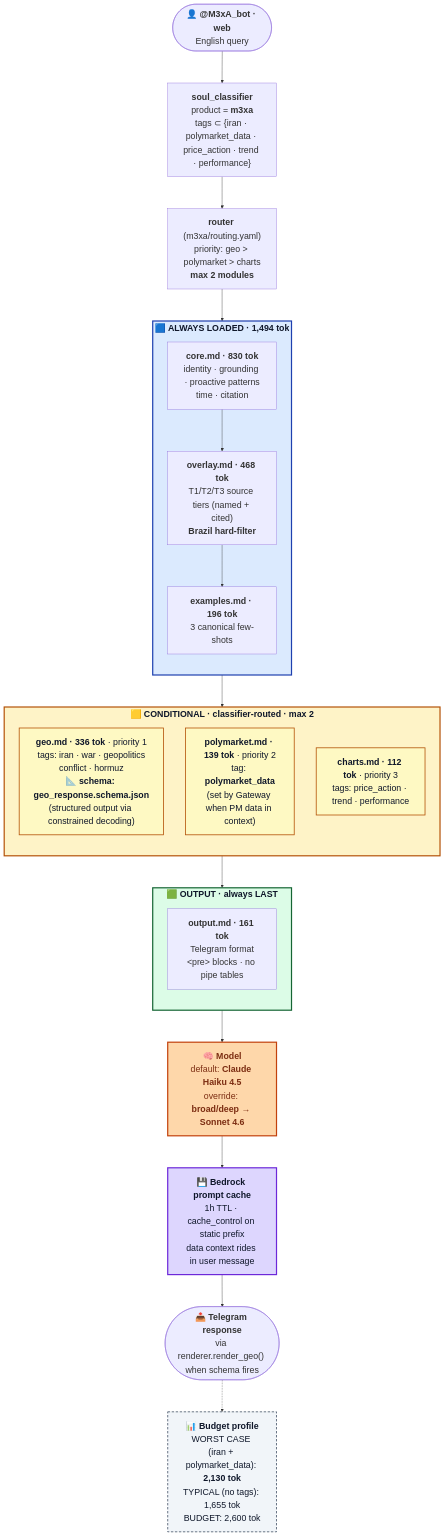
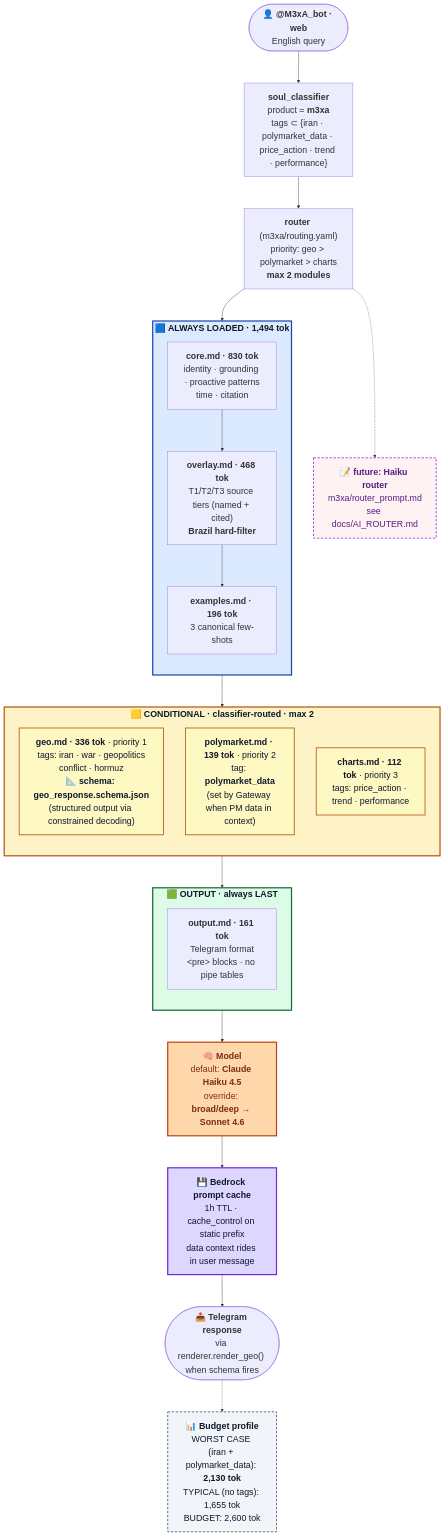
One commit to prcodex/version3- changed the second of 3 diagrams in README.md. Above: the diagram before and after it, drawn with Mermaid. The commit also changed other lines of this file, not shown here.

Commit message:
README: per-product charts get a dashed future-Haiku-router note
Adds a small dashed FUT annotation node off each per-product router node,
pointing readers at docs/AI_ROUTER.md and the draft router_prompt.md
files. Today's reality (router.py + routing.yaml) stays as the primary
flow; the future direction is now visible at a glance from the chart
itself.

Front-page architecture diagram unchanged — it stays the "this is what
runs today" anchor.

````diff
--- a/README.md
+++ b/README.md
@@ -109,56 +109,59 @@
 ```mermaid
 %%{init: {'theme': 'default', 'themeVariables': {'fontSize': '22px', 'fontFamily': 'Inter, system-ui, -apple-system, sans-serif'}, 'flowchart': {'htmlLabels': true, 'curve': 'basis', 'nodeSpacing': 55, 'rankSpacing': 80, 'padding': 18}}}%%
 flowchart TB
     BOT(["<b>👤 @M3xA_bot · web</b><br/>English query"]) --> CLS["<b>soul_classifier</b><br/>product = <b>m3xa</b><br/>tags ⊂ {iran · polymarket_data · price_action · trend · performance}"]
     CLS --> RTR["<b>router</b> (m3xa/routing.yaml)<br/>priority: geo &gt; polymarket &gt; charts<br/><b>max 2 modules</b>"]
+    RTR -.-> FUT["<b>📝 future: Haiku router</b><br/>m3xa/router_prompt.md<br/>see docs/AI_ROUTER.md"]
 
     subgraph ALWAYS["<b>🟦 ALWAYS LOADED · 1,494 tok</b>"]
         direction TB
         A1["<b>core.md · 830 tok</b><br/>identity · grounding · proactive patterns<br/>time · citation"]
         A2["<b>overlay.md · 468 tok</b><br/>T1/T2/T3 source tiers (named + cited)<br/><b>Brazil hard-filter</b>"]
         A3["<b>examples.md · 196 tok</b><br/>3 canonical few-shots"]
         A1 --> A2 --> A3
     end
 
     subgraph COND["<b>🟨 CONDITIONAL · classifier-routed · max 2</b>"]
         direction TB
         G["<b>geo.md · 336 tok</b> · priority 1<br/>tags: iran · war · geopolitics<br/>conflict · hormuz<br/><b>📐 schema: geo_response.schema.json</b><br/>(structured output via constrained decoding)"]
         P["<b>polymarket.md · 139 tok</b> · priority 2<br/>tag: <b>polymarket_data</b><br/>(set by Gateway when PM data in context)"]
         CH["<b>charts.md · 112 tok</b> · priority 3<br/>tags: price_action · trend · performance"]
     end
 
     subgraph OUTBLK["<b>🟩 OUTPUT · always LAST</b>"]
         direction TB
         OUT["<b>output.md · 161 tok</b><br/>Telegram format<br/>&lt;pre&gt; blocks · no pipe tables"]
     end
 
     RTR --> ALWAYS
     ALWAYS --> COND
     COND --> OUTBLK
     OUTBLK --> MODEL["<b>🧠 Model</b><br/>default: <b>Claude Haiku 4.5</b><br/>override: <b>broad/deep → Sonnet 4.6</b>"]
     MODEL --> CACHE["<b>💾 Bedrock prompt cache</b><br/>1h TTL · cache_control on static prefix<br/>data context rides in user message"]
     CACHE --> GEN(["<b>📤 Telegram response</b><br/>via renderer.render_geo() when schema fires"])
 
     META["<b>📊 Budget profile</b><br/>WORST CASE (iran + polymarket_data): <b>2,130 tok</b><br/>TYPICAL (no tags): 1,655 tok<br/>BUDGET: 2,600 tok"]
     GEN -.-> META
 
     click A1 "https://github.com/prcodex/version3-/blob/main/m3xa/souls/core.md" _blank
     click A2 "https://github.com/prcodex/version3-/blob/main/m3xa/souls/overlay.md" _blank
     click A3 "https://github.com/prcodex/version3-/blob/main/m3xa/souls/examples.md" _blank
     click G "https://github.com/prcodex/version3-/blob/main/m3xa/souls/modules/geo.md" _blank
     click P "https://github.com/prcodex/version3-/blob/main/m3xa/souls/modules/polymarket.md" _blank
     click CH "https://github.com/prcodex/version3-/blob/main/m3xa/souls/modules/charts.md" _blank
     click OUT "https://github.com/prcodex/version3-/blob/main/m3xa/souls/output.md" _blank
     click RTR "https://github.com/prcodex/version3-/blob/main/m3xa/routing.yaml" _blank
     click CLS "https://github.com/prcodex/version3-/blob/main/src/m3xa_souls/router.py" _blank
+    click FUT "https://github.com/prcodex/version3-/blob/main/docs/AI_ROUTER.md" _blank
 
     style ALWAYS fill:#dbeafe,stroke:#1e40af,stroke-width:3px,color:#0f172a
     style COND fill:#fef3c7,stroke:#b45309,stroke-width:3px,color:#0f172a
     style OUTBLK fill:#dcfce7,stroke:#166534,stroke-width:3px,color:#0f172a
     style MODEL fill:#fed7aa,stroke:#c2410c,stroke-width:3px,color:#7c2d12
     style CACHE fill:#ddd6fe,stroke:#6d28d9,stroke-width:3px,color:#0f172a
     style META fill:#f1f5f9,stroke:#475569,stroke-width:2px,stroke-dasharray:6 4,color:#0f172a
     style G fill:#fef9c3,stroke:#b45309,stroke-width:2px,color:#0f172a
     style P fill:#fef9c3,stroke:#b45309,stroke-width:2px,color:#0f172a
     style CH fill:#fef9c3,stroke:#b45309,stroke-width:2px,color:#0f172a
+    style FUT fill:#fef2f2,stroke:#9333ea,stroke-width:2px,stroke-dasharray:6 4,color:#581c87
 ```
````
